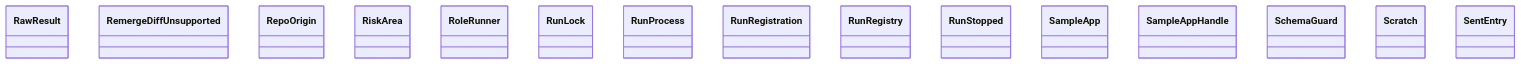
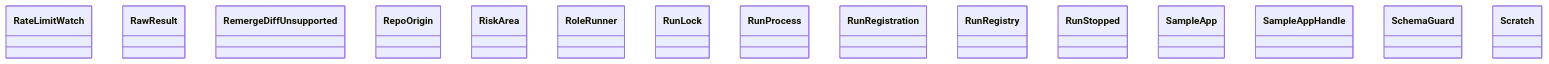
The diagram in docs/architecture/generated/classes-process-application-support-6.md (GonzaloZevallos/agentic-system), drawn with Mermaid before and after one commit. The commit also changed other lines of this file and 21 other files, not shown here.

````diff
--- a/docs/architecture/generated/classes-process-application-support-6.md
+++ b/docs/architecture/generated/classes-process-application-support-6.md
@@ -21,18 +21,18 @@
 ```mermaid
 classDiagram
+    class ports__RateLimitWatch["RateLimitWatch"]
     class ports__RawResult["RawResult"]
     class ports__RemergeDiffUnsupported["RemergeDiffUnsupported"]
     class ports__RepoOrigin["RepoOrigin"]
     class ports__RiskArea["RiskArea"]
     class ports__RoleRunner["RoleRunner"]
     class ports__RunLock["RunLock"]
     class ports__RunProcess["RunProcess"]
     class ports__RunRegistration["RunRegistration"]
     class ports__RunRegistry["RunRegistry"]
     class ports__RunStopped["RunStopped"]
     class ports__SampleApp["SampleApp"]
     class ports__SampleAppHandle["SampleAppHandle"]
     class ports__SchemaGuard["SchemaGuard"]
     class ports__Scratch["Scratch"]
-    class ports__SentEntry["SentEntry"]
 ```
````
